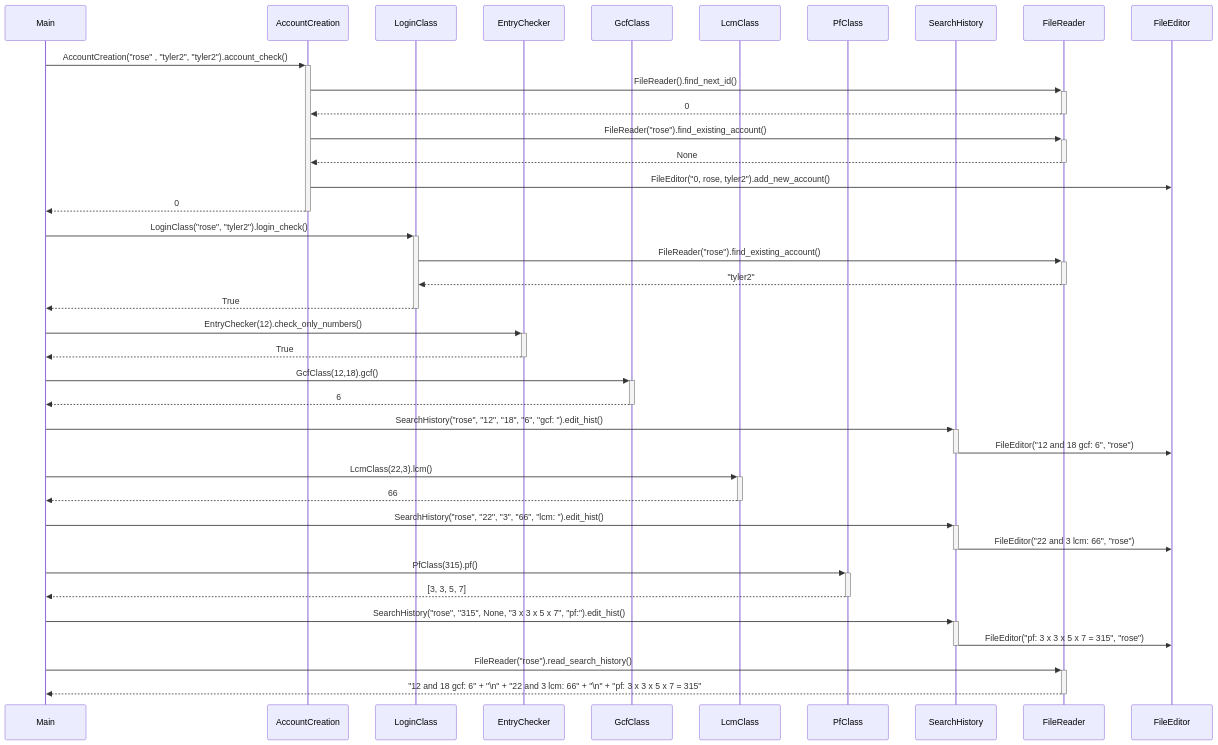
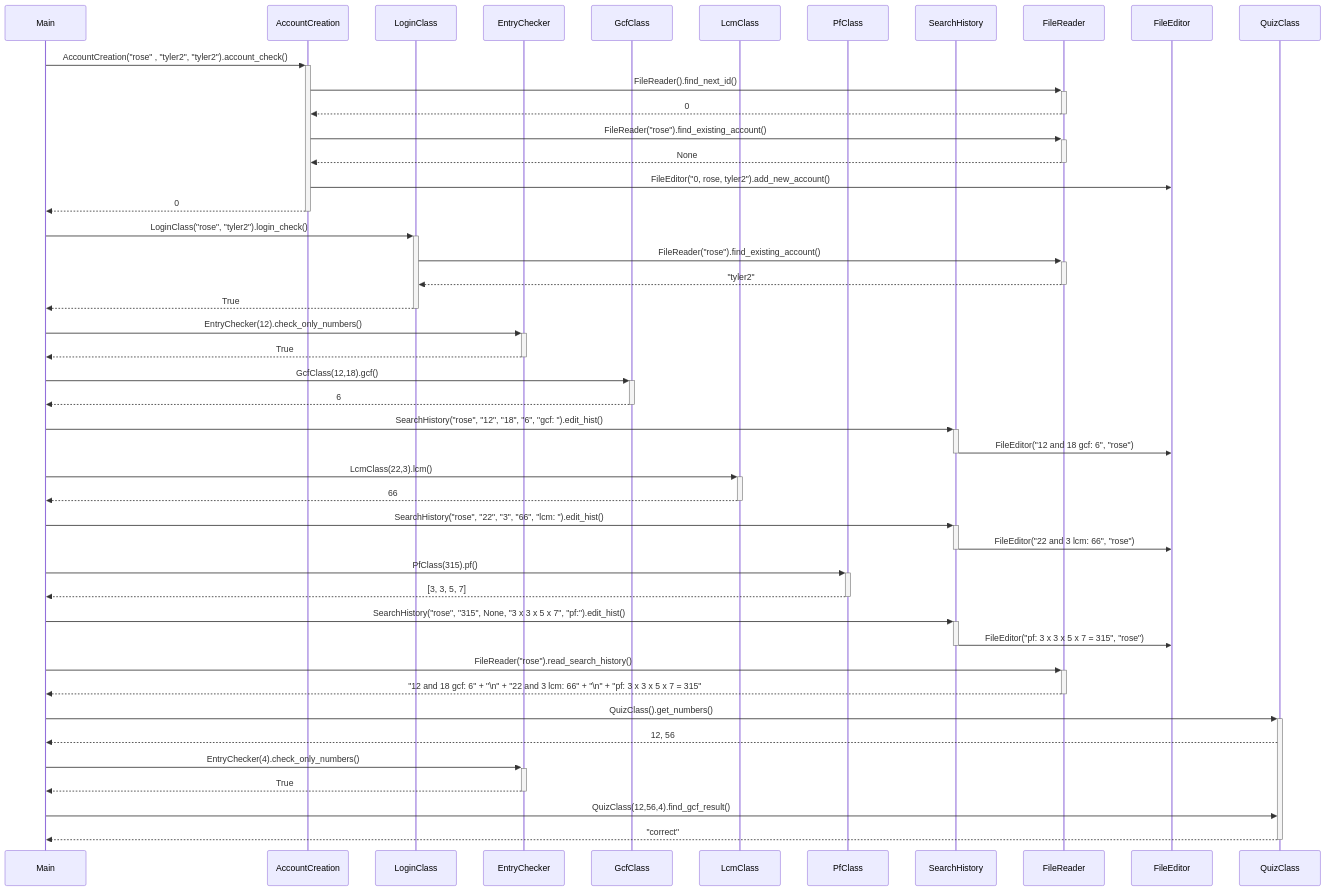
The second of 2 diagrams in dokumentaatio/arkkitehtuuri.md (SouperSalamander/ot-harjoitustyo), drawn with Mermaid before and after one commit. The commit also changed other lines of this file, not shown here.

````diff
--- a/dokumentaatio/arkkitehtuuri.md
+++ b/dokumentaatio/arkkitehtuuri.md
@@ -73,51 +84,59 @@
 ```mermaid
 sequenceDiagram
   participant Main
   participant AccountCreation
   participant LoginClass
   participant EntryChecker
   participant GcfClass
   participant LcmClass
   participant PfClass
   participant SearchHistory
   participant FileReader
   participant FileEditor
+  participant QuizClass
 
   Main->>+AccountCreation: AccountCreation("rose" , "tyler2", "tyler2").account_check()
   AccountCreation->>+FileReader: FileReader().find_next_id()
   FileReader-->>-AccountCreation: 0
   AccountCreation->>+FileReader: FileReader("rose").find_existing_account()
   FileReader-->>-AccountCreation: None
   AccountCreation->>FileEditor: FileEditor("0, rose, tyler2").add_new_account()
   AccountCreation-->>-Main: 0
 
   Main->>+LoginClass: LoginClass("rose", "tyler2").login_check()
   LoginClass->>+FileReader: FileReader("rose").find_existing_account()
   FileReader-->>-LoginClass: "tyler2"
   LoginClass-->>-Main: True
 
   Main->>+EntryChecker: EntryChecker(12).check_only_numbers()
   EntryChecker-->>-Main: True
 
   Main->>+GcfClass: GcfClass(12,18).gcf()
   GcfClass -->>-Main: 6
 
   Main->>+SearchHistory: SearchHistory("rose", "12", "18", "6", "gcf: ").edit_hist()
   SearchHistory->>-FileEditor: FileEditor("12 and 18 gcf: 6", "rose")
 
   Main->>+LcmClass: LcmClass(22,3).lcm()
   LcmClass -->>-Main: 66
 
   Main->>+SearchHistory: SearchHistory("rose", "22", "3", "66", "lcm: ").edit_hist()
   SearchHistory->>-FileEditor: FileEditor("22 and 3 lcm: 66", "rose")
 
   Main->>+PfClass: PfClass(315).pf()
   PfClass -->>-Main: [3, 3, 5, 7]
 
   Main->>+SearchHistory: SearchHistory("rose", "315", None, "3 x 3 x 5 x 7", "pf:").edit_hist()
   SearchHistory->>-FileEditor: FileEditor("pf: 3 x 3 x 5 x 7 = 315", "rose")
 
   Main->>+FileReader: FileReader("rose").read_search_history()
   FileReader-->>-Main: "12 and 18 gcf: 6" + "\n" +  "22 and 3 lcm: 66" + "\n" + "pf: 3 x 3 x 5 x 7 = 315"
 
+  Main->>+QuizClass: QuizClass().get_numbers()
+  QuizClass-->>Main: 12, 56
+  Main->>+EntryChecker: EntryChecker(4).check_only_numbers()
+  EntryChecker-->>-Main: True
+  Main->>QuizClass: QuizClass(12,56,4).find_gcf_result()
+  QuizClass-->>-Main: "correct"
+
 ```
````
